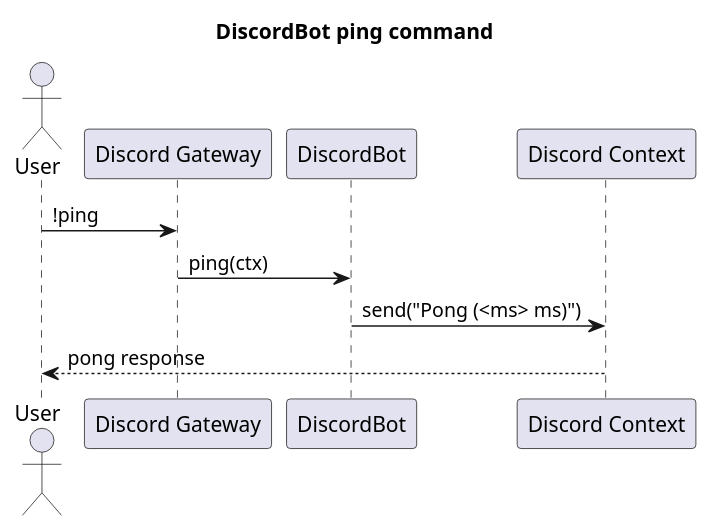
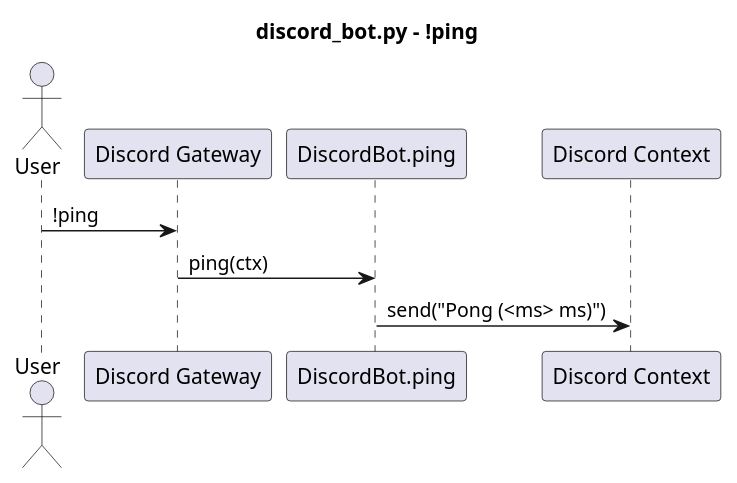
Before and after one commit to fazleskhan/elite_dangerous_discord_tools: the first of 7 diagrams in docs/discord_bot_sequences.puml, drawn with PlantUML. The commit also changed other lines of this file and 23 other files, not shown here.

Commit message:
updated README.md and diagrams

```diff
--- a/docs/discord_bot_sequences.puml
+++ b/docs/discord_bot_sequences.puml
@@ -1,12 +1,12 @@
 @startuml discord_bot_ping
-title DiscordBot ping command
+title discord_bot.py - !ping
+
 actor User
-participant "Discord Gateway" as Discord
-participant "DiscordBot" as Bot
+participant "Discord Gateway" as Gateway
+participant "DiscordBot.ping" as Bot
 participant "Discord Context" as Ctx
 
-User -> Discord : !ping
-Discord -> Bot : ping(ctx)
+User -> Gateway : !ping
+Gateway -> Bot : ping(ctx)
 Bot -> Ctx : send("Pong (<ms> ms)")
-Ctx --> User : pong response
 @enduml
```
